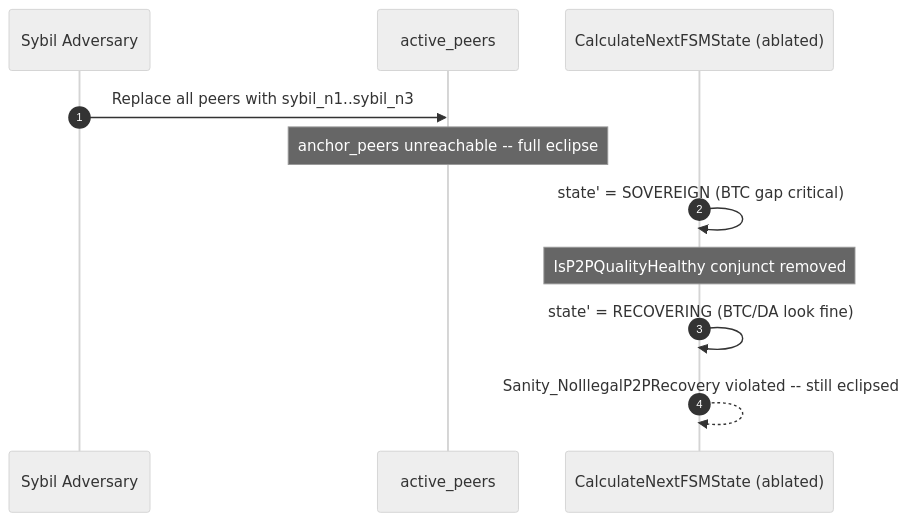
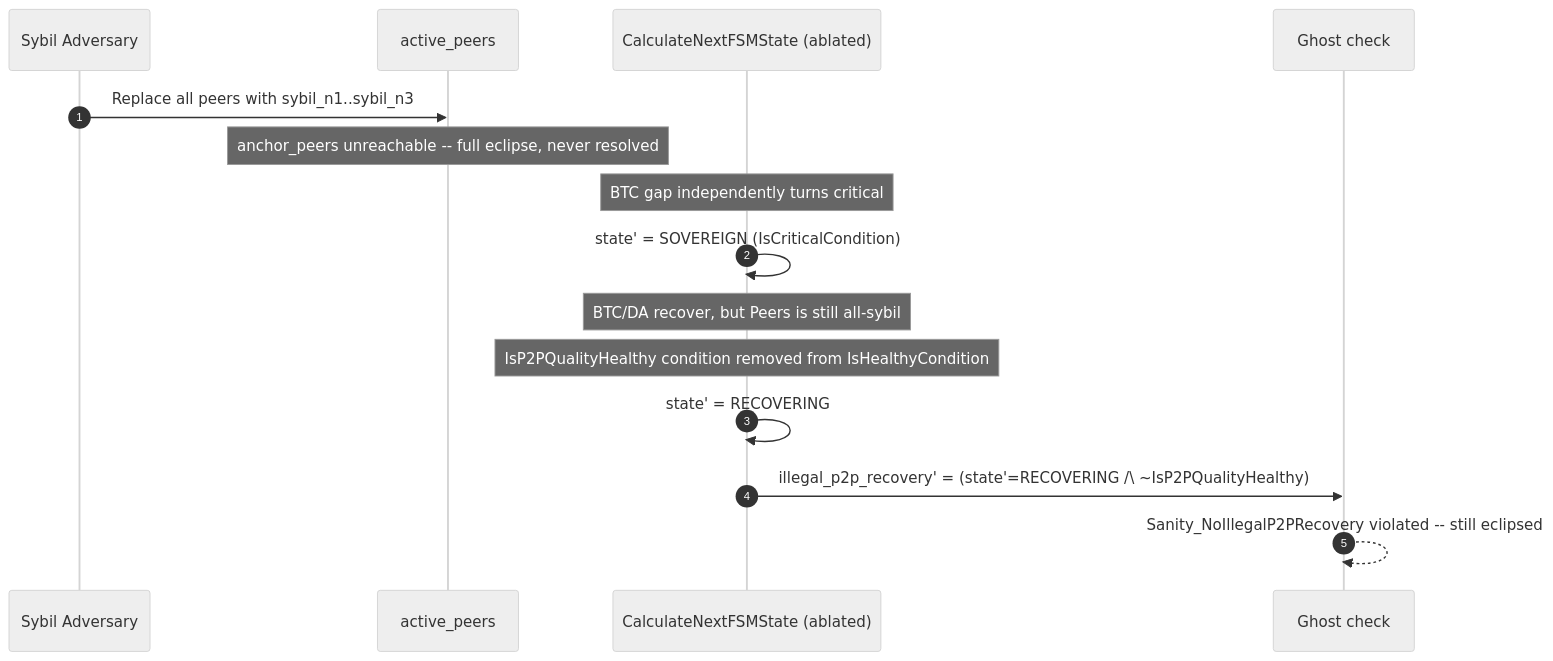
The sixth of 9 diagrams in spec/README.md (cuongct924/engram-sovereign-fsm), drawn with Mermaid (neutral theme) before and after one commit. The commit also changed other lines of this file and 4 other files, not shown here.

````diff
--- a/spec/README.md
+++ b/spec/README.md
@@ -907,14 +928,18 @@
 ```mermaid
 sequenceDiagram
     autonumber
     participant Adv as Sybil Adversary
     participant Peers as active_peers
     participant FSM as CalculateNextFSMState (ablated)
+    participant Chk as Ghost check
 
     Adv->>Peers: Replace all peers with sybil_n1..sybil_n3
-    Note over Peers: anchor_peers unreachable -- full eclipse
-    FSM->>FSM: state' = SOVEREIGN (BTC gap critical)
-    Note over FSM: IsP2PQualityHealthy conjunct removed
-    FSM->>FSM: state' = RECOVERING (BTC/DA look fine)
-    FSM-->>FSM: Sanity_NoIllegalP2PRecovery violated -- still eclipsed
+    Note over Peers: anchor_peers unreachable -- full eclipse, never resolved
+    Note over FSM: BTC gap independently turns critical
+    FSM->>FSM: state' = SOVEREIGN (IsCriticalCondition)
+    Note over FSM: BTC/DA recover, but Peers is still all-sybil
+    Note over FSM: IsP2PQualityHealthy condition removed from IsHealthyCondition
+    FSM->>FSM: state' = RECOVERING
+    FSM->>Chk: illegal_p2p_recovery' = (state'=RECOVERING /\ ~IsP2PQualityHealthy)
+    Chk-->>Chk: Sanity_NoIllegalP2PRecovery violated -- still eclipsed
 ```
````
